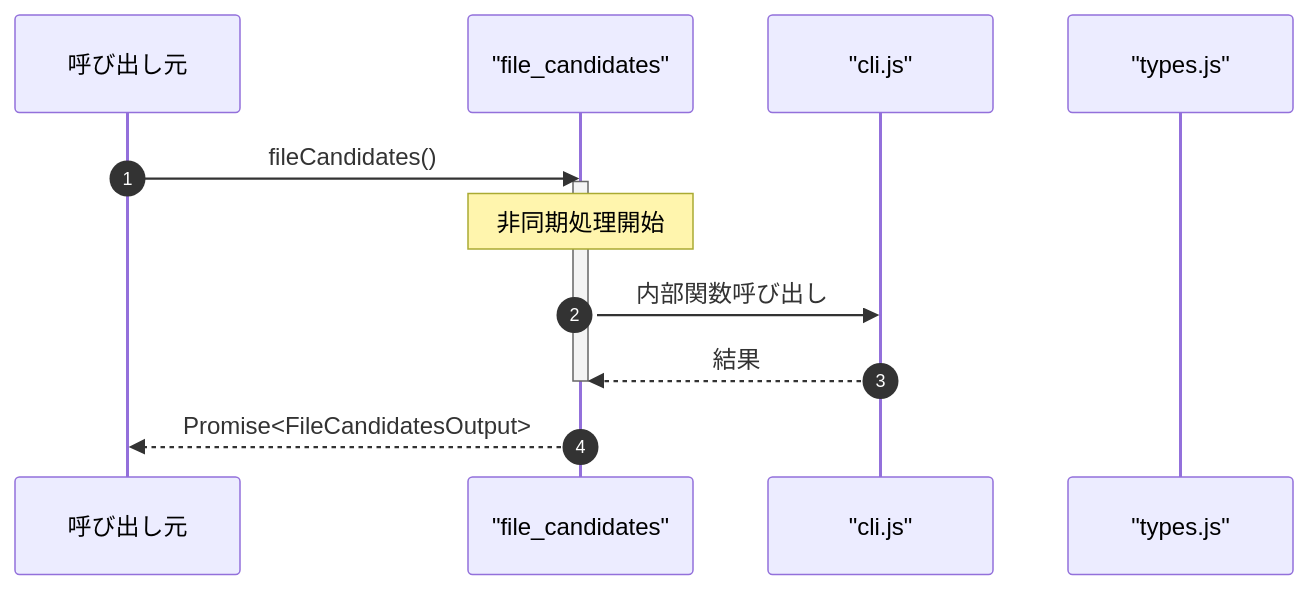
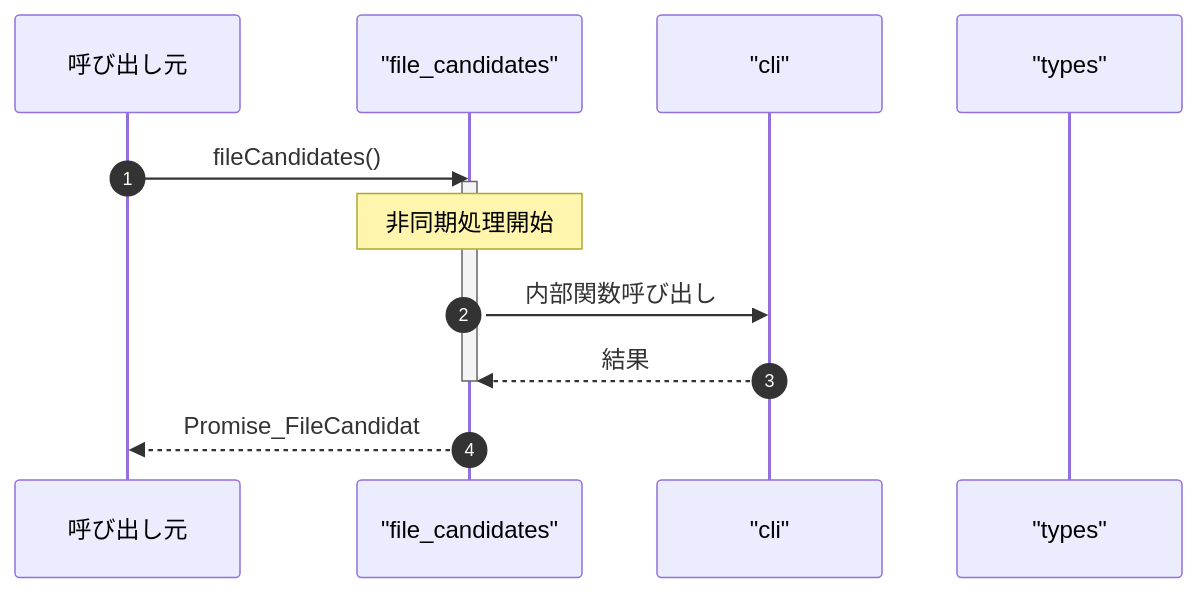
Before and after one commit to Mekann2904/mekann: the second of 2 diagrams in ABDD/.pi/extensions/search/tools/file_candidates.md, drawn with Mermaid. The commit also changed other lines of this file and 174 other files, not shown here.

First line of the commit message:
fix(docs): ABDDのMermaid図生成エラーを修正する

````diff
--- a/ABDD/.pi/extensions/search/tools/file_candidates.md
+++ b/ABDD/.pi/extensions/search/tools/file_candidates.md
@@ -54,16 +54,16 @@
 ```mermaid
 sequenceDiagram
   autonumber
   participant Caller as 呼び出し元
   participant file_candidates as "file_candidates"
-  participant cli_js as "cli.js"
-  participant types_js as "types.js"
+  participant cli as "cli"
+  participant types as "types"
 
   Caller->>file_candidates: fileCandidates()
   activate file_candidates
   Note over file_candidates: 非同期処理開始
-  file_candidates->>cli_js: 内部関数呼び出し
-  cli_js-->>file_candidates: 結果
+  file_candidates->>cli: 内部関数呼び出し
+  cli-->>file_candidates: 結果
   deactivate file_candidates
-  file_candidates-->>Caller: Promise<FileCandidatesOutput>
+  file_candidates-->>Caller: Promise_FileCandidat
 ```
````
